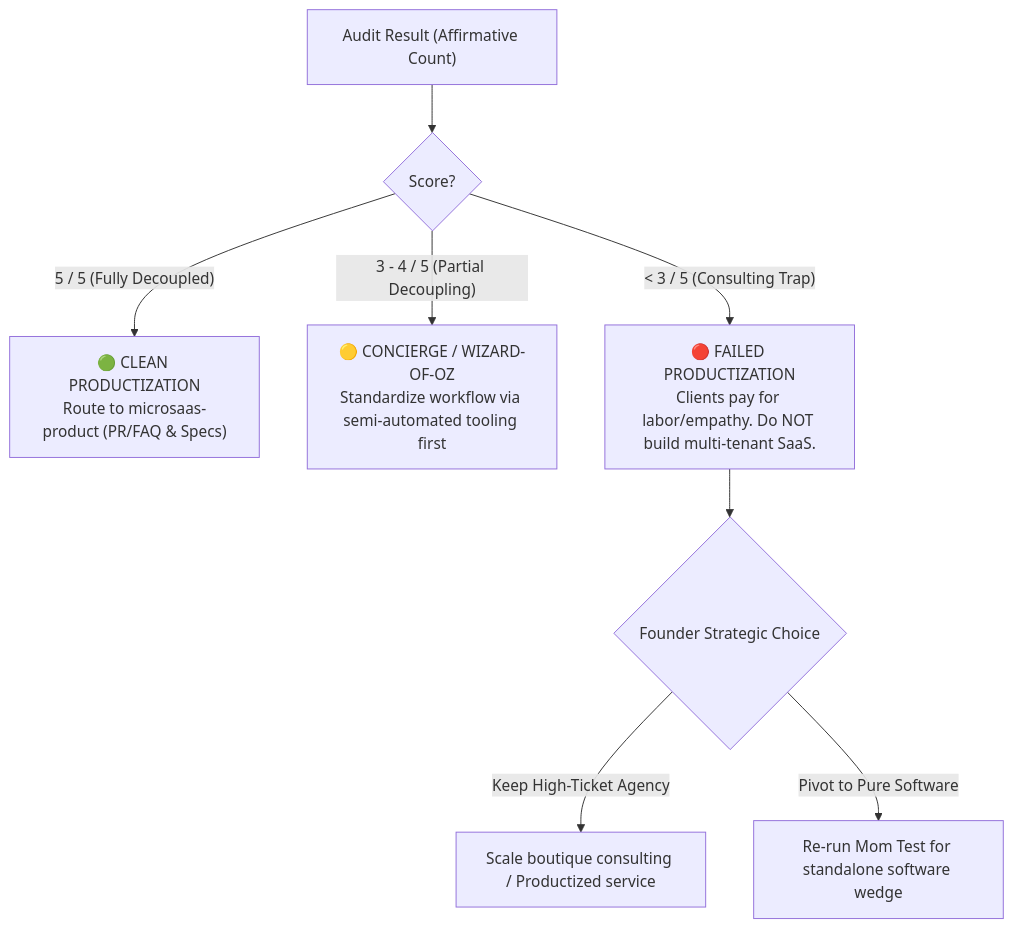
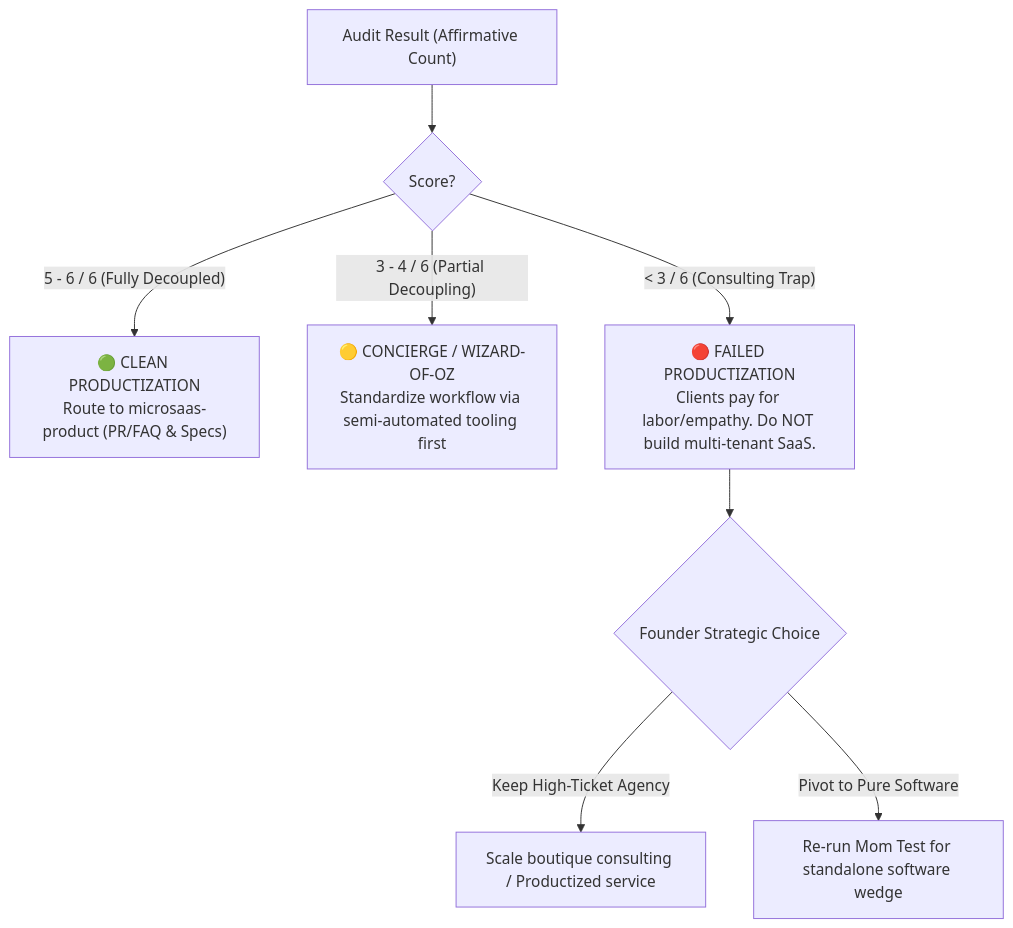
The diagram in templates/service_to_software_audit.md (aroucadi/microsaas-os), drawn with Mermaid before and after one commit. The commit also changed other lines of this file and 9 other files, not shown here.

````diff
--- a/templates/service_to_software_audit.md
+++ b/templates/service_to_software_audit.md
@@ -38,12 +39,12 @@
 ```mermaid
 flowchart TD
     AUDIT["Audit Result (Affirmative Count)"] --> CHECK{Score?}
 
-    CHECK -->|"5 / 5 (Fully Decoupled)"| PASS["🟢 CLEAN PRODUCTIZATION<br/>Route to microsaas-product (PR/FAQ & Specs)"]
-    CHECK -->|"3 - 4 / 5 (Partial Decoupling)"| HYBRID["🟡 CONCIERGE / WIZARD-OF-OZ<br/>Standardize workflow via semi-automated tooling first"]
-    CHECK -->|"< 3 / 5 (Consulting Trap)"| FAIL["🔴 FAILED PRODUCTIZATION<br/>Clients pay for labor/empathy. Do NOT build multi-tenant SaaS."]
+    CHECK -->|"5 - 6 / 6 (Fully Decoupled)"| PASS["🟢 CLEAN PRODUCTIZATION<br/>Route to microsaas-product (PR/FAQ & Specs)"]
+    CHECK -->|"3 - 4 / 6 (Partial Decoupling)"| HYBRID["🟡 CONCIERGE / WIZARD-OF-OZ<br/>Standardize workflow via semi-automated tooling first"]
+    CHECK -->|"< 3 / 6 (Consulting Trap)"| FAIL["🔴 FAILED PRODUCTIZATION<br/>Clients pay for labor/empathy. Do NOT build multi-tenant SaaS."]
 
     FAIL --> SERVICE_CHOICE{"Founder Strategic Choice"}
     SERVICE_CHOICE -->|"Keep High-Ticket Agency"| AGENCY["Scale boutique consulting / Productized service"]
     SERVICE_CHOICE -->|"Pivot to Pure Software"| RAT["Re-run Mom Test for standalone software wedge"]
 ```
````
